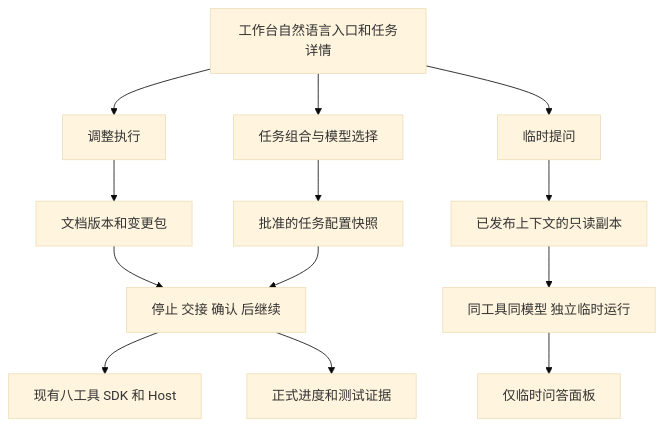
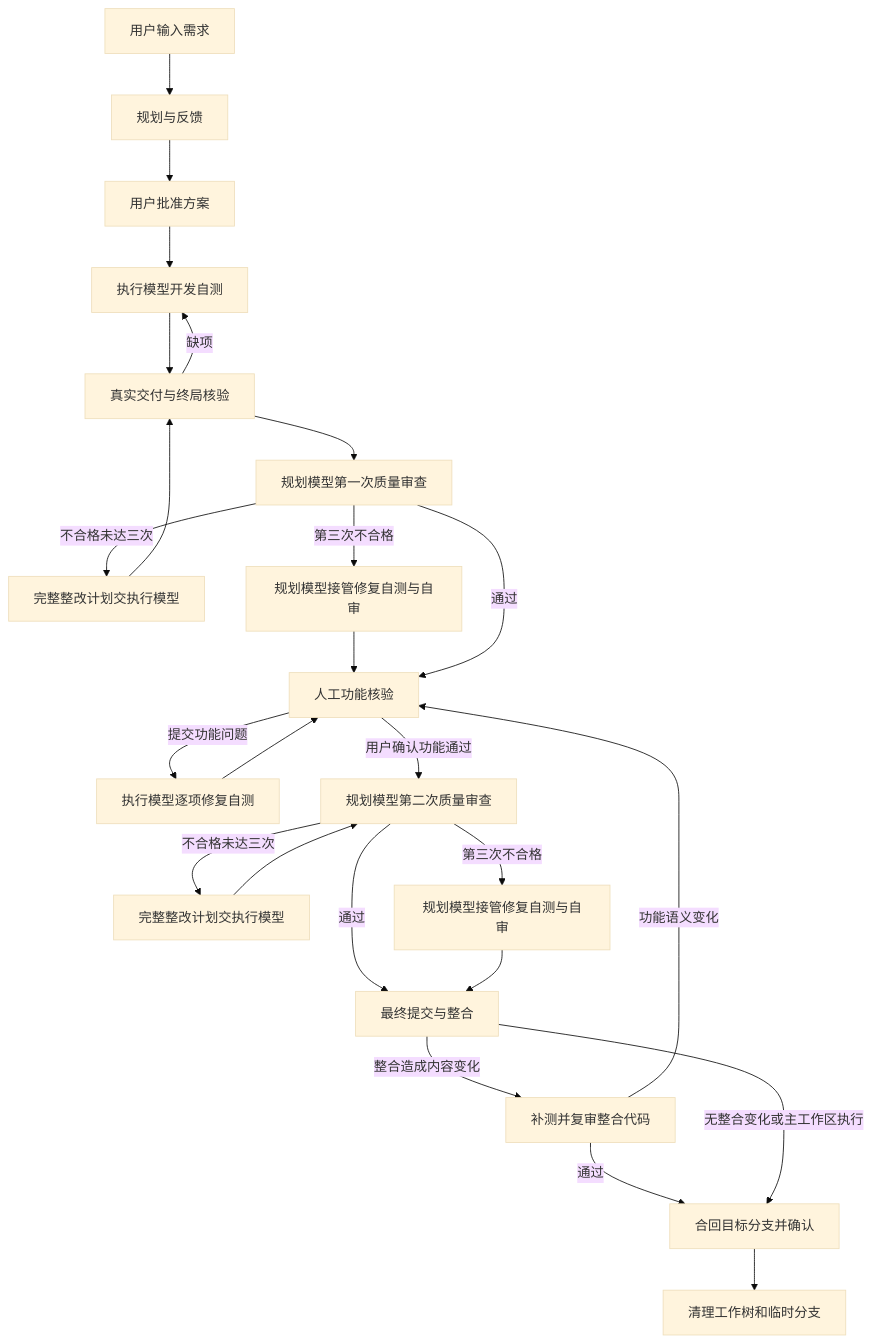
The second of 3 diagrams in docs/plan/DevFlow跨平台通用工作流平台实施方案.md (zephyrw/dev-flow), drawn with Mermaid (base theme) before and after one commit. The commit also changed other lines of this file and 136 other files, not shown here.

````diff
--- a/docs/plan/DevFlow跨平台通用工作流平台实施方案.md
+++ b/docs/plan/DevFlow跨平台通用工作流平台实施方案.md
@@ -1071,15 +183,27 @@
 ```mermaid
-flowchart TB
-  UI[工作台自然语言入口和任务详情] --> Composer[任务组合与模型选择]
-  UI --> Change[调整执行]
-  UI --> Aside[临时提问]
-  Composer --> Contract[批准的任务配置快照]
-  Change --> Bundle[文档版本和变更包]
-  Bundle --> Control[停止 交接 确认 后继续]
-  Contract --> Control
-  Control --> SDK[现有八工具 SDK 和 Host]
-  Aside --> Context[已发布上下文的只读副本]
-  Context --> Isolated[同工具同模型 独立临时运行]
-  Isolated --> Answer[仅临时问答面板]
-  Control --> Main[正式进度和测试证据]
+flowchart TD
+  A[用户输入需求] --> B[规划与反馈]
+  B --> C[用户批准方案]
+  C --> D[执行模型开发自测]
+  D --> V[真实交付与终局核验]
+  V -->|缺项| D
+  V --> Q1[规划模型第一次质量审查]
+  Q1 -->|不合格未达三次| R1[完整整改计划交执行模型]
+  R1 --> V
+  Q1 -->|第三次不合格| P1[规划模型接管修复自测与自审]
+  P1 --> H[人工功能核验]
+  Q1 -->|通过| H
+  H -->|提交功能问题| F[执行模型逐项修复自测]
+  F --> H
+  H -->|用户确认功能通过| Q2[规划模型第二次质量审查]
+  Q2 -->|不合格未达三次| R2[完整整改计划交执行模型]
+  R2 --> Q2
+  Q2 -->|第三次不合格| P2[规划模型接管修复自测与自审]
+  Q2 -->|通过| G[最终提交与整合]
+  P2 --> G
+  G -->|整合造成内容变化| IQ[补测并复审整合代码]
+  IQ -->|功能语义变化| H
+  IQ -->|通过| M[合回目标分支并确认]
+  G -->|无整合变化或主工作区执行| M
+  M --> Z[清理工作树和临时分支]
 ```
````
